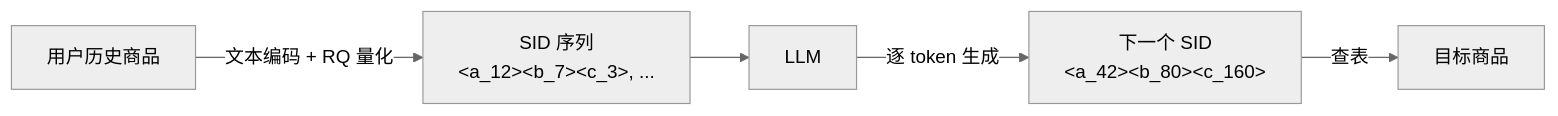
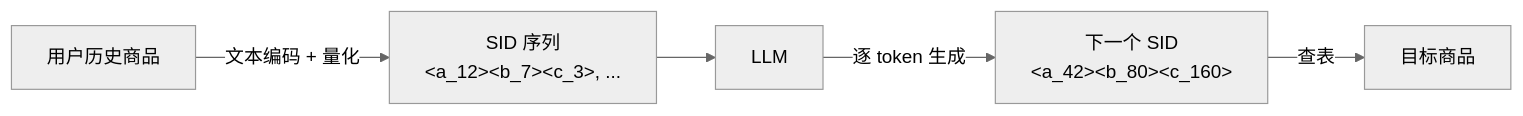
Before and after one commit to Yufan0406/MiniOneRec-learning: the second of 3 diagrams in docs/README.md, drawn with Mermaid (neutral theme). The commit also changed other lines of this file and 10 other files, not shown here.

````diff
--- a/docs/README.md
+++ b/docs/README.md
@@ -64,7 +89,7 @@
 ```mermaid
 flowchart LR
-    U[用户历史商品] -->|文本编码 + RQ 量化| SID["SID 序列<br/>&lt;a_12&gt;&lt;b_7&gt;&lt;c_3&gt;, ..."]
+    U[用户历史商品] -->|文本编码 + 量化| SID["SID 序列<br/>&lt;a_12&gt;&lt;b_7&gt;&lt;c_3&gt;, ..."]
     SID --> LLM[LLM]
     LLM -->|逐 token 生成| NEXT["下一个 SID<br/>&lt;a_42&gt;&lt;b_80&gt;&lt;c_160&gt;"]
     NEXT -->|查表| ITEM[目标商品]
 ```
````
